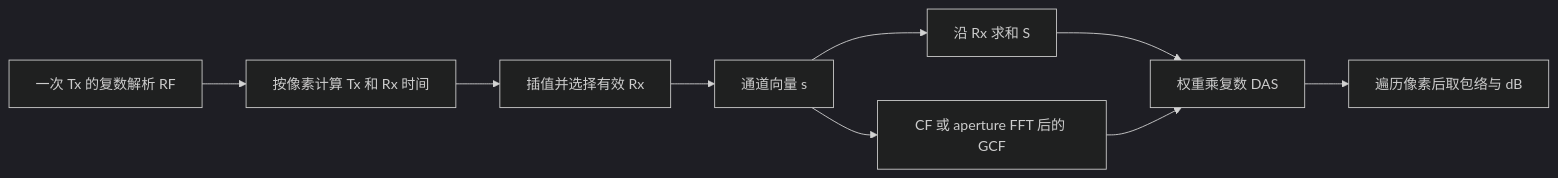
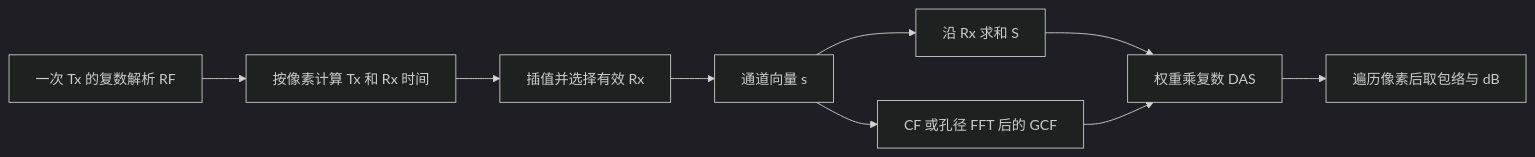
One commit to ajairDD/Ultrasound_Beamforming_Learning changed the diagram in chapters/02_CF_GCF/README.md. Above: the diagram before and after it, drawn with Mermaid (dark theme). The commit also changed other lines of this file and 165 other files, not shown here.

```diff
--- a/chapters/02_CF_GCF/README.md
+++ b/chapters/02_CF_GCF/README.md
@@ -184,11 +184,11 @@
 ~~~mermaid
 flowchart LR
     A[一次 Tx 的复数解析 RF] --> B[按像素计算 Tx 和 Rx 时间]
     B --> C[插值并选择有效 Rx]
     C --> D[通道向量 s]
     D --> E[沿 Rx 求和 S]
-    D --> F[CF 或 aperture FFT 后的 GCF]
+    D --> F[CF 或孔径 FFT 后的 GCF]
     E --> G[权重乘复数 DAS]
     F --> G
     G --> H[遍历像素后取包络与 dB]
 ~~~
```
